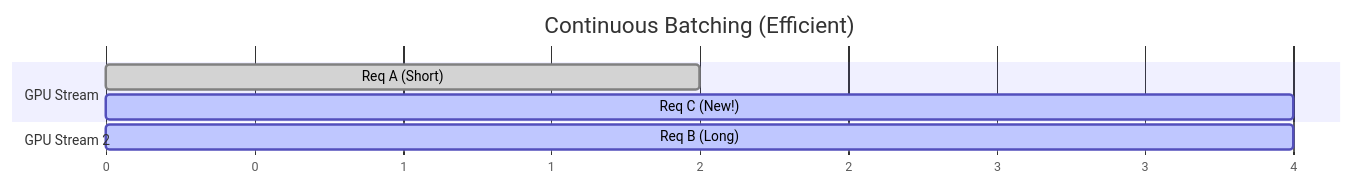
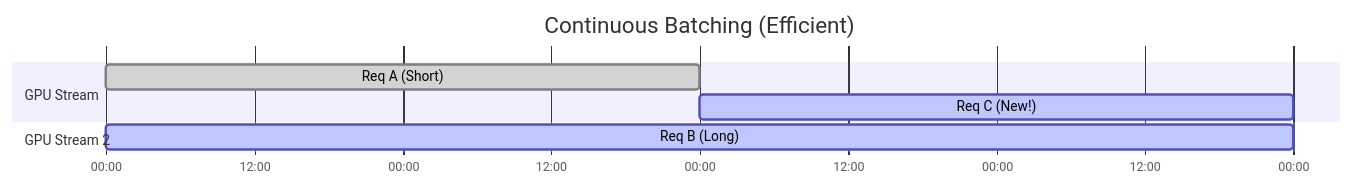
The second of 2 diagrams in docs/src/concepts/continuous_batching.md (Ammar-Alnagar/YAIE), drawn with Mermaid before and after one commit. The commit also changed other lines of this file and 8 other files, not shown here.

````diff
--- a/docs/src/concepts/continuous_batching.md
+++ b/docs/src/concepts/continuous_batching.md
@@ -27,13 +27,13 @@
 ```mermaid
 gantt
     title Continuous Batching (Efficient)
-    dateFormat X
-    axisFormat %s
+    dateFormat YYYY-MM-DD
+    axisFormat %H:%M
 
     section GPU Stream
-    Req A (Short) :done, a1, 0, 2
-    Req C (New!)  :active, c1, 2, 4
+    Req A (Short) :done, a1, 2024-01-01, 2d
+    Req C (New!)  :active, c1, 2024-01-03, 2d
 
     section GPU Stream 2
-    Req B (Long)  :active, b1, 0, 4
+    Req B (Long)  :active, b1, 2024-01-01, 4d
 ```
````
